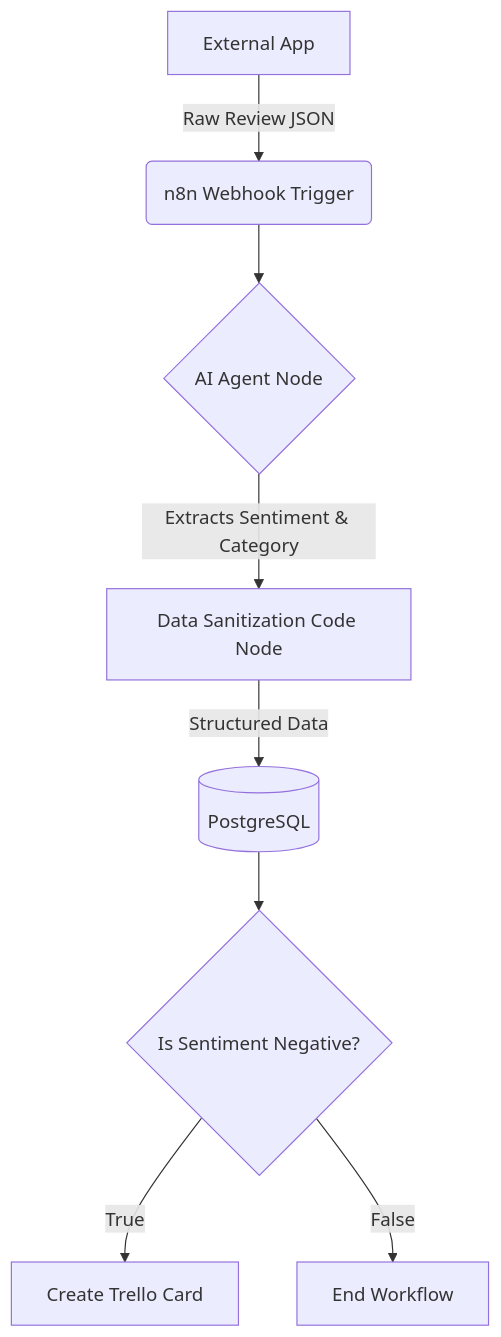
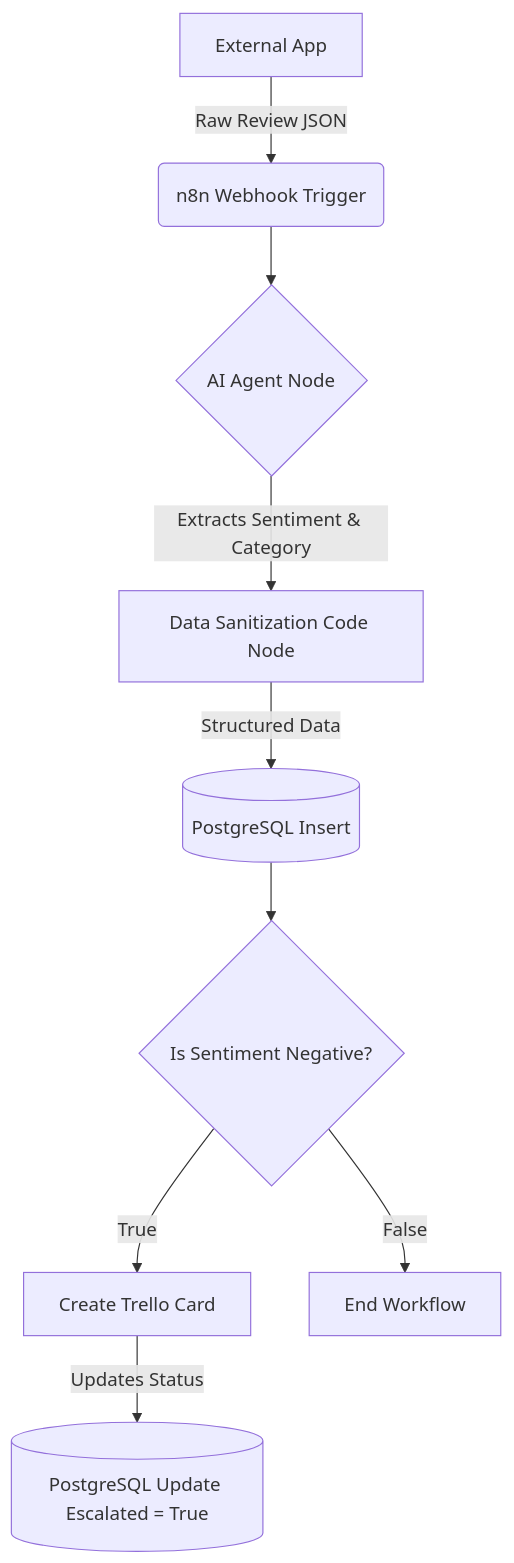
Before and after one commit to dhafinrl/customer-sentiment-pipeline: the diagram in README.md, drawn with Mermaid. The commit also changed other lines of this file, not shown here.

Commit message:
docs: update architecture diagram and json filename

````diff
--- a/README.md
+++ b/README.md
@@ -7,10 +7,11 @@
 ```mermaid
 graph TD
     A[External App] -->|Raw Review JSON| B(n8n Webhook Trigger)
     B --> C{AI Agent Node}
     C -->|Extracts Sentiment & Category| D[Data Sanitization Code Node]
-    D -->|Structured Data| E[(PostgreSQL)]
+    D -->|Structured Data| E[(PostgreSQL Insert)]
     E --> F{Is Sentiment Negative?}
     F -->|True| G[Create Trello Card]
+    G -->|Updates Status| I[(PostgreSQL Update Escalated = True)]
     F -->|False| H[End Workflow]
 ```
````
